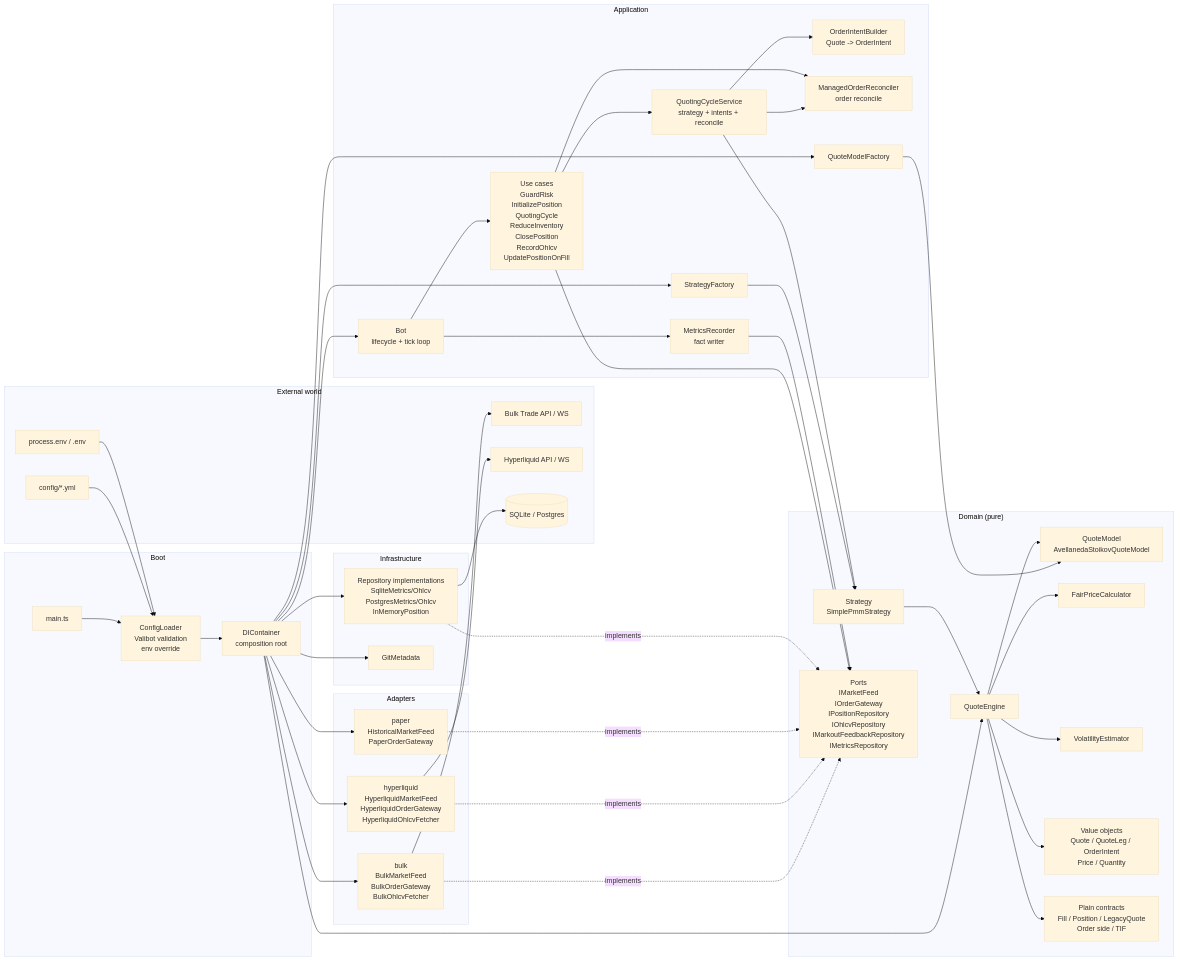
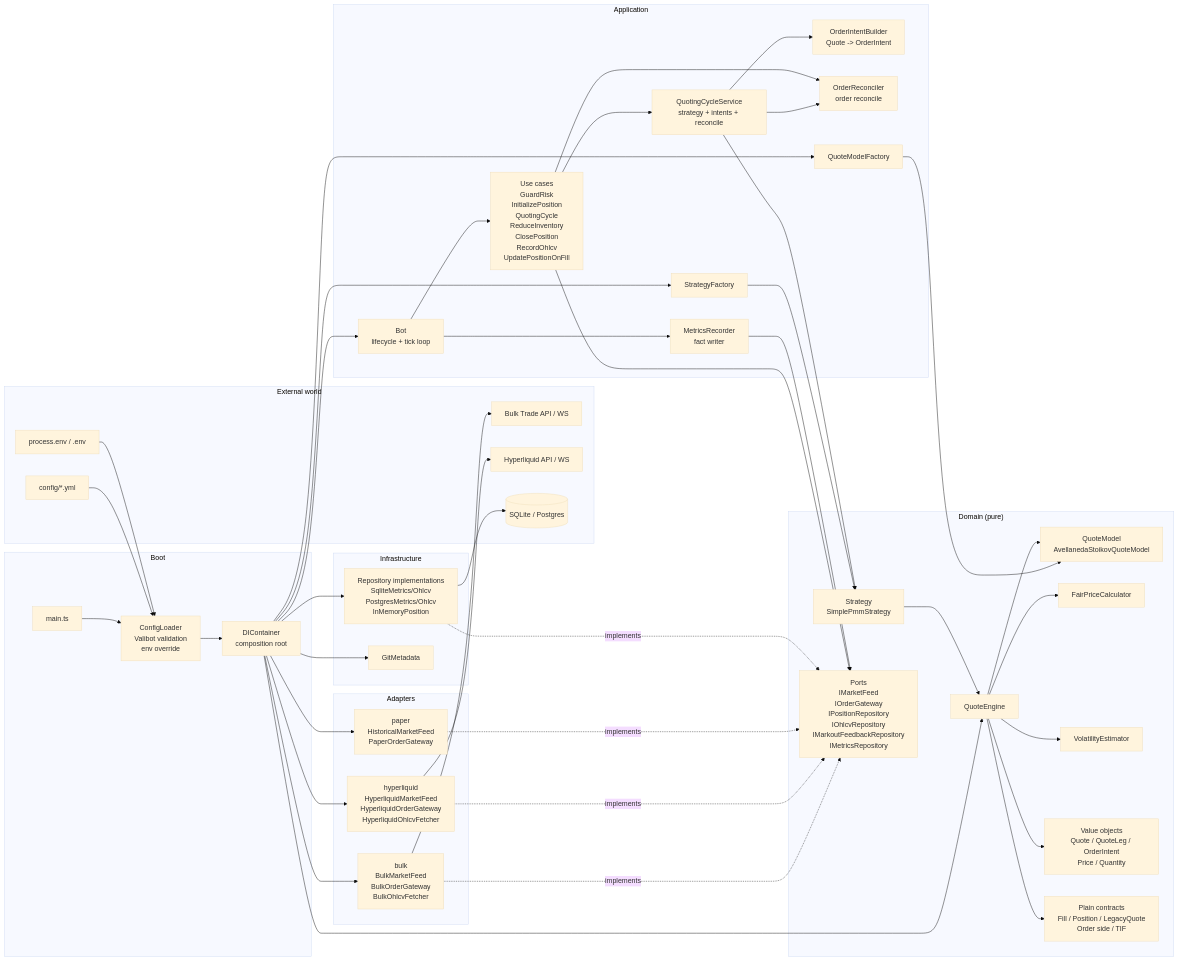
One commit to posaune0423/simple-mm-bot changed the first of 9 diagrams in docs/ARCHITECTURE.md. Above: the diagram before and after it, drawn with Mermaid (base theme). The commit also changed other lines of this file and 24 other files, not shown here.

Commit message:
chore: align order reconciler naming

```diff
--- a/docs/ARCHITECTURE.md
+++ b/docs/ARCHITECTURE.md
@@ -45,7 +45,7 @@
         UseCases["Use cases\nGuardRisk\nInitializePosition\nQuotingCycle\nReduceInventory\nClosePosition\nRecordOhlcv\nUpdatePositionOnFill"]
         QuotingCycle["QuotingCycleService\nstrategy + intents + reconcile"]
         IntentBuilder["OrderIntentBuilder\nQuote -> OrderIntent"]
-        Reconciler["ManagedOrderReconciler\norder reconcile"]
+        Reconciler["OrderReconciler\norder reconcile"]
         MetricsRec["MetricsRecorder\nfact writer"]
         StrategyFactory["StrategyFactory"]
         QuoteModelFactory["QuoteModelFactory"]
```
